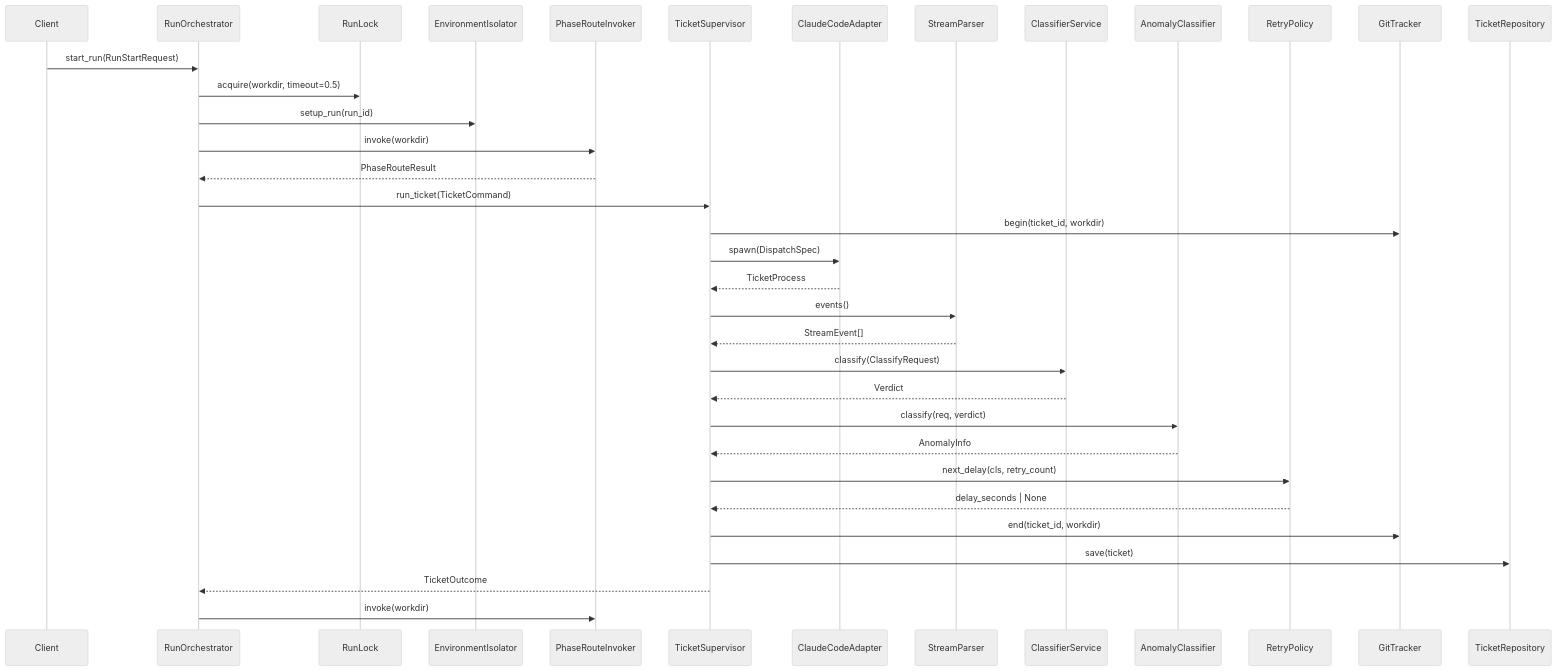
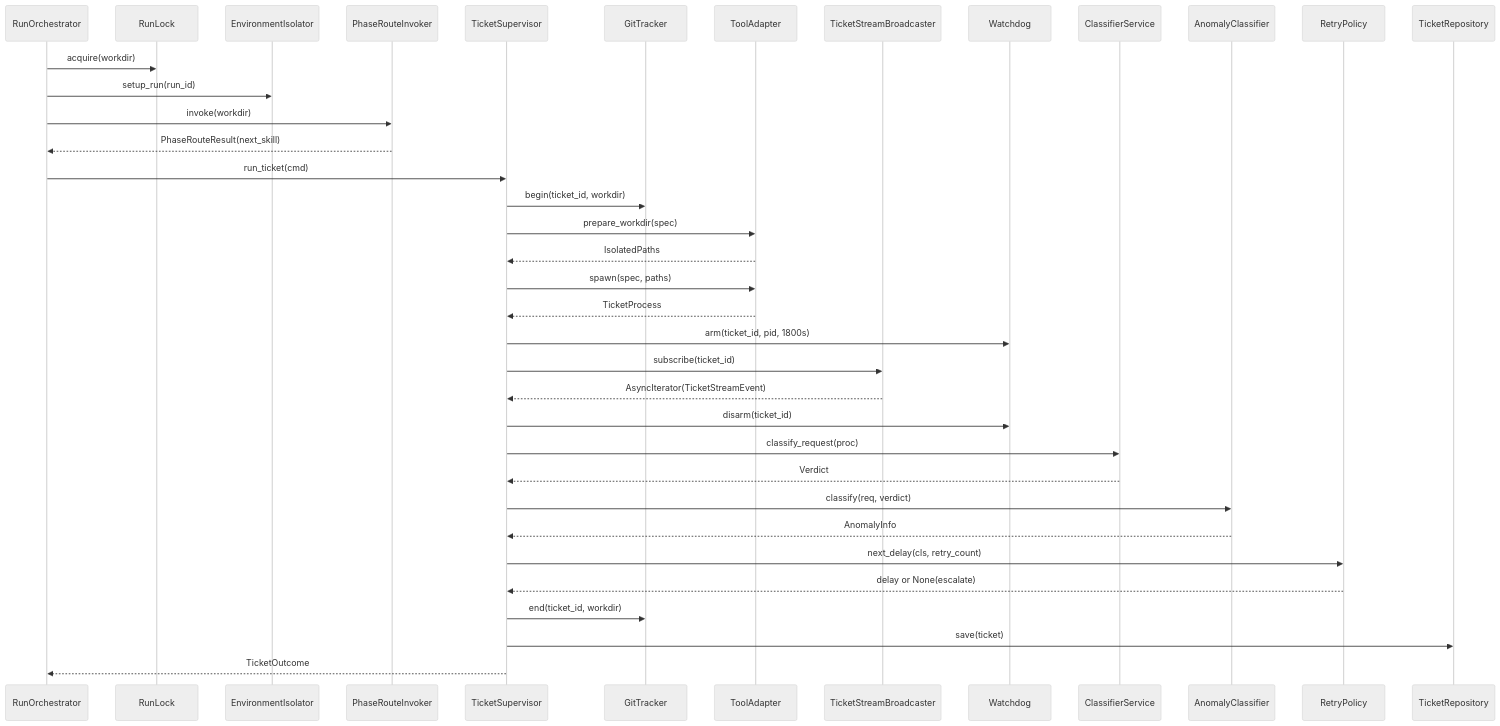
The second of 5 diagrams in docs/features/20-f20-bk-loop-run-orchestrator-recovery-su.md (suriyel/Eva), drawn with Mermaid (neutral theme) before and after one commit. The commit also changed other lines of this file and 2 other files, not shown here.

Commit message:
design: feature #20 f20-bk-loop-run-orchestrator-recovery-su — current.phase → tdd

````diff
--- a/docs/features/20-f20-bk-loop-run-orchestrator-recovery-su.md
+++ b/docs/features/20-f20-bk-loop-run-orchestrator-recovery-su.md
@@ -139,37 +129,39 @@
 ```mermaid
 sequenceDiagram
-    participant Client
     participant RunOrchestrator
     participant RunLock
     participant EnvironmentIsolator
     participant PhaseRouteInvoker
     participant TicketSupervisor
-    participant ClaudeCodeAdapter
-    participant StreamParser
+    participant GitTracker
+    participant ToolAdapter
+    participant TicketStreamBroadcaster
+    participant Watchdog
     participant ClassifierService
     participant AnomalyClassifier
     participant RetryPolicy
-    participant GitTracker
     participant TicketRepository
-    Client->>RunOrchestrator: start_run(RunStartRequest)
-    RunOrchestrator->>RunLock: acquire(workdir, timeout=0.5)
+    RunOrchestrator->>RunLock: acquire(workdir)
     RunOrchestrator->>EnvironmentIsolator: setup_run(run_id)
     RunOrchestrator->>PhaseRouteInvoker: invoke(workdir)
-    PhaseRouteInvoker-->>RunOrchestrator: PhaseRouteResult
-    RunOrchestrator->>TicketSupervisor: run_ticket(TicketCommand)
+    PhaseRouteInvoker-->>RunOrchestrator: PhaseRouteResult(next_skill)
+    RunOrchestrator->>TicketSupervisor: run_ticket(cmd)
     TicketSupervisor->>GitTracker: begin(ticket_id, workdir)
-    TicketSupervisor->>ClaudeCodeAdapter: spawn(DispatchSpec)
-    ClaudeCodeAdapter-->>TicketSupervisor: TicketProcess
-    TicketSupervisor->>StreamParser: events()
-    StreamParser-->>TicketSupervisor: StreamEvent[]
-    TicketSupervisor->>ClassifierService: classify(ClassifyRequest)
+    TicketSupervisor->>ToolAdapter: prepare_workdir(spec)
+    ToolAdapter-->>TicketSupervisor: IsolatedPaths
+    TicketSupervisor->>ToolAdapter: spawn(spec, paths)
+    ToolAdapter-->>TicketSupervisor: TicketProcess
+    TicketSupervisor->>Watchdog: arm(ticket_id, pid, 1800s)
+    TicketSupervisor->>TicketStreamBroadcaster: subscribe(ticket_id)
+    TicketStreamBroadcaster-->>TicketSupervisor: AsyncIterator(TicketStreamEvent)
+    TicketSupervisor->>Watchdog: disarm(ticket_id)
+    TicketSupervisor->>ClassifierService: classify_request(proc)
     ClassifierService-->>TicketSupervisor: Verdict
     TicketSupervisor->>AnomalyClassifier: classify(req, verdict)
     AnomalyClassifier-->>TicketSupervisor: AnomalyInfo
     TicketSupervisor->>RetryPolicy: next_delay(cls, retry_count)
-    RetryPolicy-->>TicketSupervisor: delay_seconds | None
+    RetryPolicy-->>TicketSupervisor: delay or None(escalate)
     TicketSupervisor->>GitTracker: end(ticket_id, workdir)
     TicketSupervisor->>TicketRepository: save(ticket)
     TicketSupervisor-->>RunOrchestrator: TicketOutcome
-    RunOrchestrator->>PhaseRouteInvoker: invoke(workdir)
 ```
````
